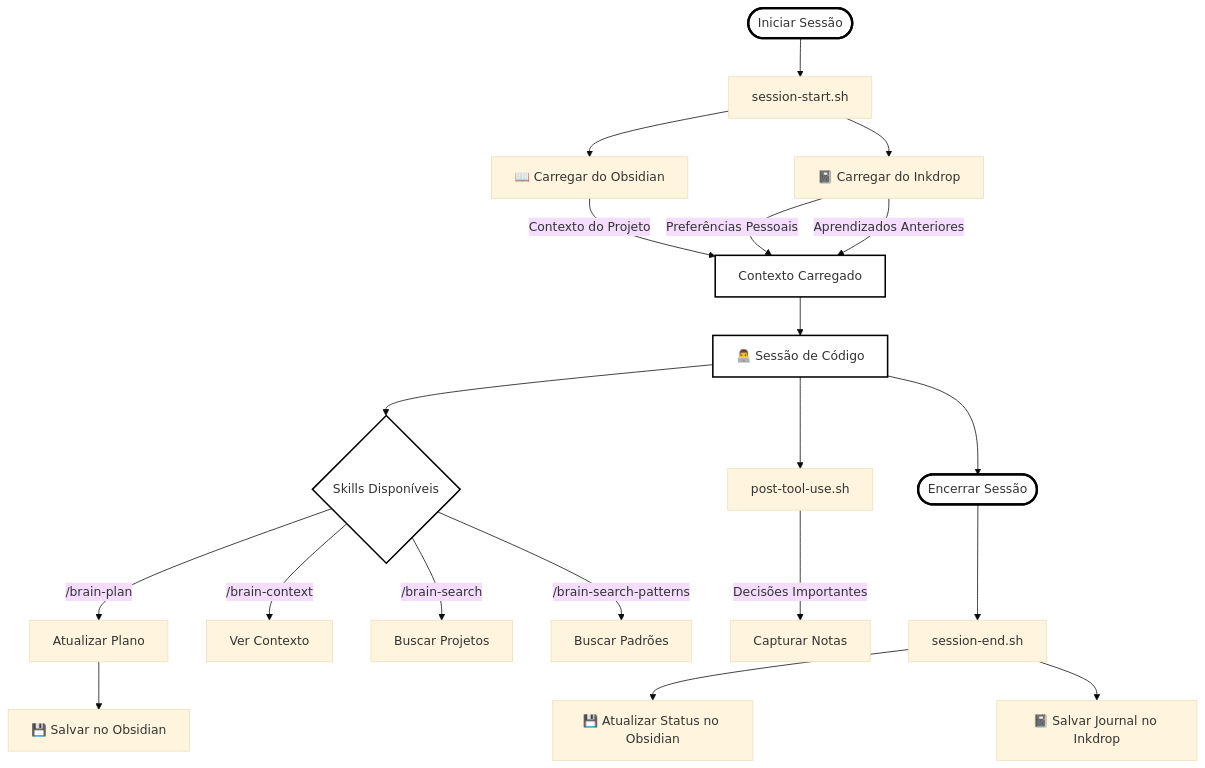
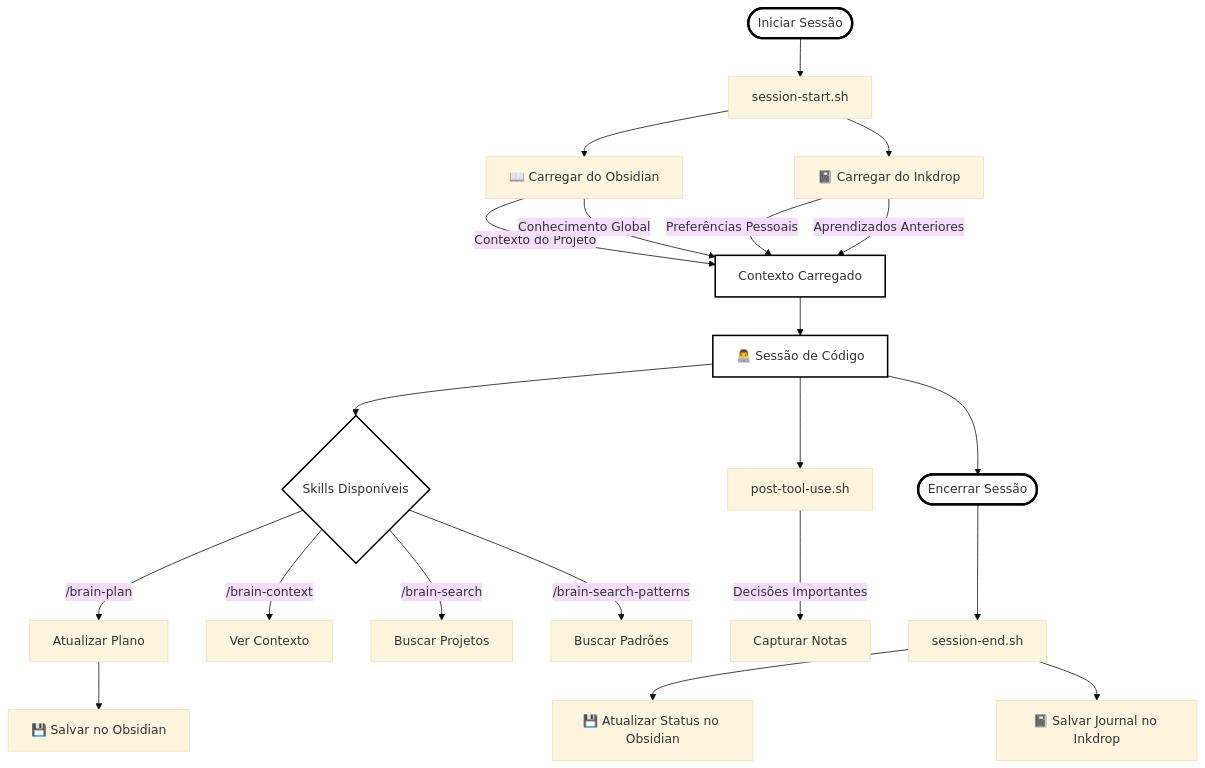
Before and after one commit to marcoscarbonera/carbon-claude-brain: the first of 2 diagrams in README_pt-BR.md, drawn with Mermaid (base theme). The commit also changed other lines of this file and 11 other files, not shown here.

````diff
--- a/README_pt-BR.md
+++ b/README_pt-BR.md
@@ -11,34 +11,35 @@
 ```mermaid
 flowchart TB
     Start([Iniciar Sessão]) --> Hook1[session-start.sh]
     Hook1 --> Obs1[📖 Carregar do Obsidian]
     Hook1 --> Ink1[📓 Carregar do Inkdrop]
 
     Obs1 --> |Contexto do Projeto|Load[Contexto Carregado]
+    Obs1 --> |Conhecimento Global|Load
     Ink1 --> |Preferências Pessoais|Load
     Ink1 --> |Aprendizados Anteriores|Load
 
     Load --> Work[👨‍💻 Sessão de Código]
 
     Work --> Skills{Skills Disponíveis}
     Skills --> |/brain-plan|PlanSkill[Atualizar Plano]
     Skills --> |/brain-context|CtxSkill[Ver Contexto]
     Skills --> |/brain-search|SearchSkill[Buscar Projetos]
     Skills --> |/brain-search-patterns|PatternSkill[Buscar Padrões]
 
     PlanSkill --> SaveObs[💾 Salvar no Obsidian]
 
     Work --> Hook2[post-tool-use.sh]
     Hook2 --> |Decisões Importantes|Capture[Capturar Notas]
 
     Work --> End([Encerrar Sessão])
     End --> Hook3[session-end.sh]
     Hook3 --> SaveObs2[💾 Atualizar Status no Obsidian]
     Hook3 --> SaveInk[📓 Salvar Journal no Inkdrop]
 
     style Start fill:#fff,stroke:#000,stroke-width:3px
     style End fill:#fff,stroke:#000,stroke-width:3px
     style Work fill:#fff,stroke:#000,stroke-width:2px
     style Load fill:#fff,stroke:#000,stroke-width:2px
     style Skills fill:#fff,stroke:#000,stroke-width:2px
 ```
````
